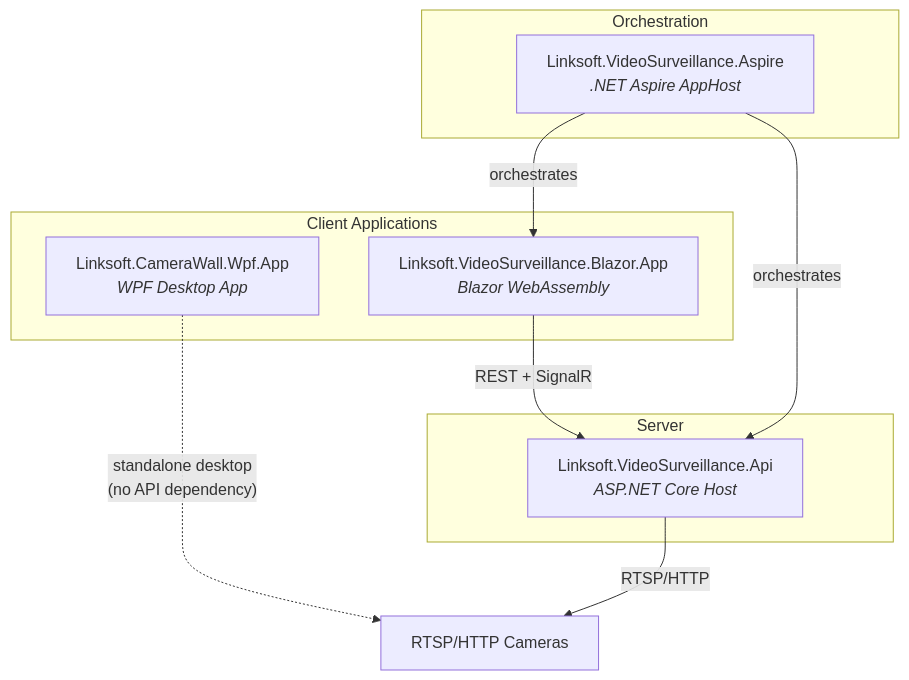
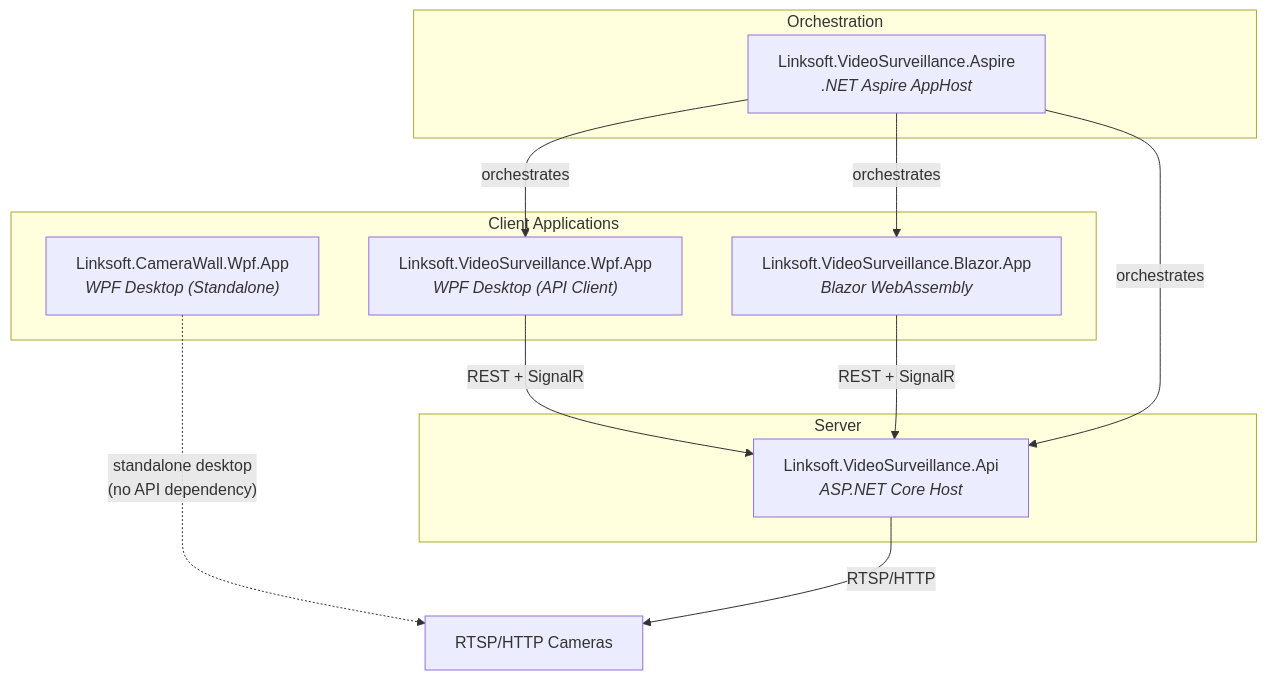
Before and after one commit to davidkallesen/Linksoft.VideoSurveillance: the first of 8 diagrams in docs/architecture.md, drawn with Mermaid. The commit also changed other lines of this file and 76 other files, not shown here.

Commit message:
feat: add Linksoft.VideoSurveillance.Wpf and Linksoft.VideoSurveillance.Wpf.App

````diff
--- a/docs/architecture.md
+++ b/docs/architecture.md
@@ -7,22 +7,25 @@
 ```mermaid
 graph TB
     subgraph Clients["Client Applications"]
-        WPF["Linksoft.CameraWall.Wpf.App<br/><i>WPF Desktop App</i>"]
+        WPF["Linksoft.CameraWall.Wpf.App<br/><i>WPF Desktop (Standalone)</i>"]
+        VSWpf["Linksoft.VideoSurveillance.Wpf.App<br/><i>WPF Desktop (API Client)</i>"]
         Blazor["Linksoft.VideoSurveillance.Blazor.App<br/><i>Blazor WebAssembly</i>"]
     end
 
     subgraph Server["Server"]
         API["Linksoft.VideoSurveillance.Api<br/><i>ASP.NET Core Host</i>"]
     end
 
     subgraph Orchestration
         Aspire["Linksoft.VideoSurveillance.Aspire<br/><i>.NET Aspire AppHost</i>"]
     end
 
+    VSWpf -- "REST + SignalR" --> API
     Blazor -- "REST + SignalR" --> API
     Aspire -- "orchestrates" --> API
     Aspire -- "orchestrates" --> Blazor
+    Aspire -- "orchestrates" --> VSWpf
 
     WPF -. "standalone desktop<br/>(no API dependency)" .-> Cameras["RTSP/HTTP Cameras"]
     API -- "RTSP/HTTP" --> Cameras
 ```
````
